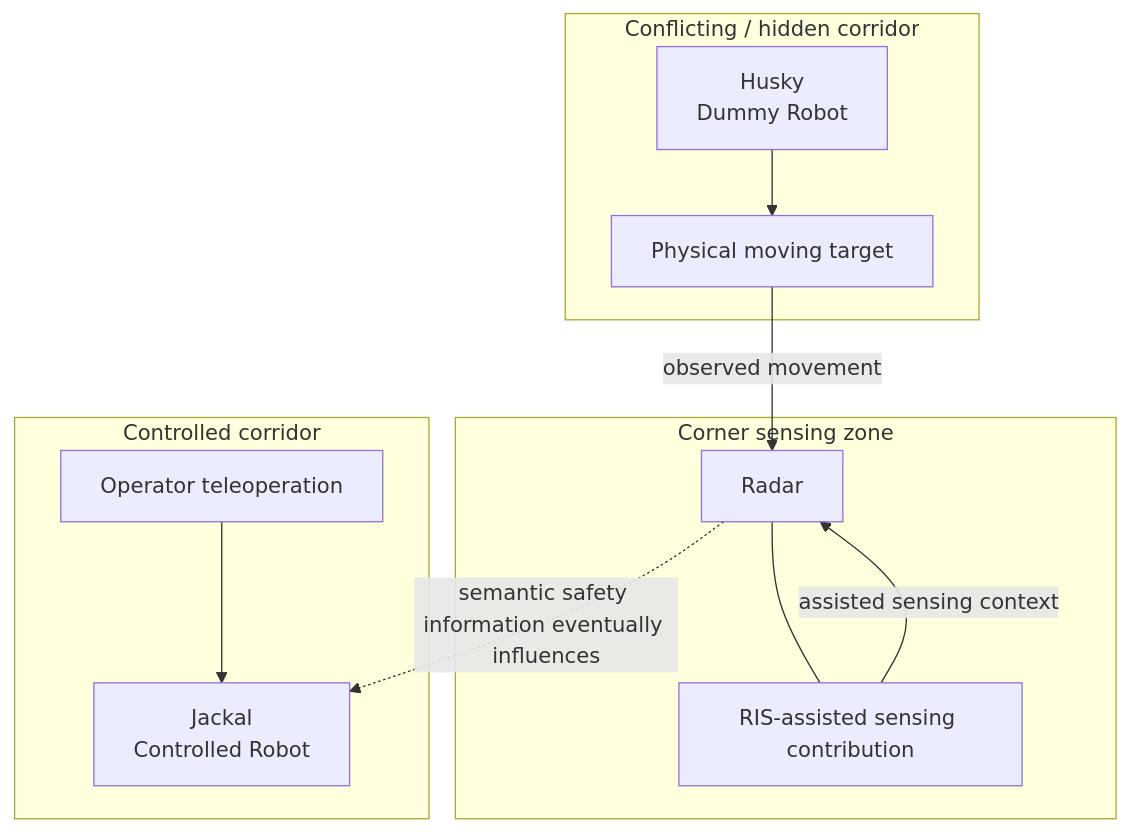
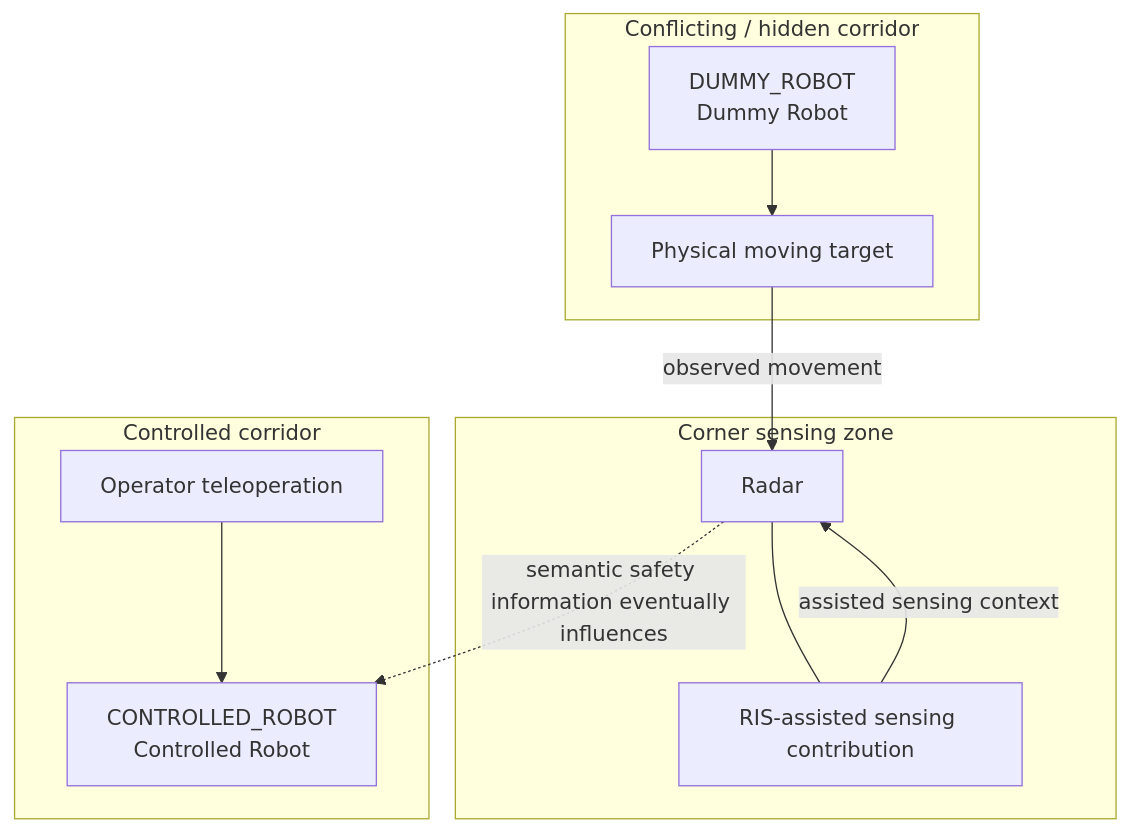
The second of 21 diagrams in system/architecture.md (kirolossedra/RIS-Robotics), drawn with Mermaid before and after one commit. The commit also changed other lines of this file and 7 other files, not shown here.

````diff
--- a/system/architecture.md
+++ b/system/architecture.md
@@ -115,24 +130,24 @@
 ```mermaid
 flowchart TB
     subgraph CONFLICTING[Conflicting / hidden corridor]
-        H[Husky<br/>Dummy Robot]
+        H[DUMMY_ROBOT<br/>Dummy Robot]
         TARGET[Physical moving target]
         H --> TARGET
     end
 
     subgraph CORNER[Corner sensing zone]
         RADAR[Radar]
         RIS[RIS-assisted sensing contribution]
         RADAR --- RIS
     end
 
     subgraph CONTROLLED[Controlled corridor]
-        J[Jackal<br/>Controlled Robot]
+        J[CONTROLLED_ROBOT<br/>Controlled Robot]
         JOY[Operator teleoperation]
         JOY --> J
     end
 
     TARGET -->|observed movement| RADAR
     RIS -->|assisted sensing context| RADAR
     RADAR -. semantic safety information eventually influences .-> J
 ```
````
